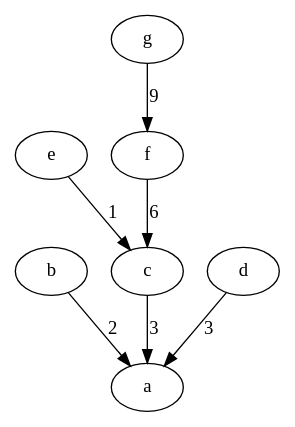
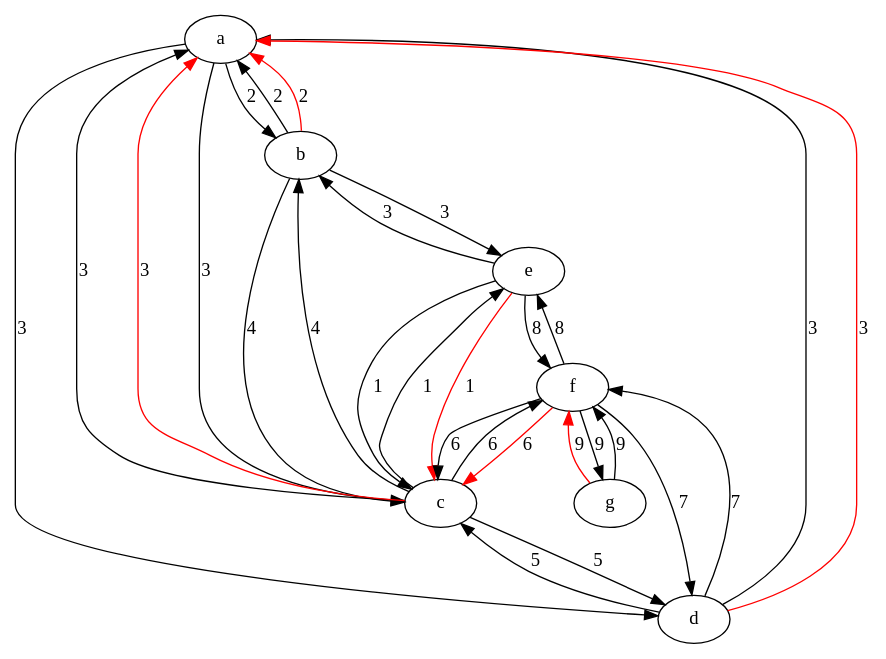
One commit to jacoblammert/Algorithms_and_Datastructure changed the diagram in Ass3/afterPrim.dot. Above: the diagram before and after it, drawn with Graphviz. The commit also changed 11 other files, not shown here.

Commit message:
Added a few comments, cleaned up, added colored connections to display the minimum spanning graph

```diff
--- a/Ass3/afterPrim.dot
+++ b/Ass3/afterPrim.dot
@@ -1,8 +1,30 @@
-strict digraph {
+digraph {
+a->b[label = "2",weight="2"];
+a->c[label = "3",weight="3"];
+a->d[label = "3",weight="3"];
 b->a[label = "2",weight="2"];
+b->c[label = "4",weight="4"];
+b->e[label = "3",weight="3"];
+c->b[label = "4",weight="4"];
 c->a[label = "3",weight="3"];
+c->d[label = "5",weight="5"];
+c->e[label = "1",weight="1"];
+c->f[label = "6",weight="6"];
 d->a[label = "3",weight="3"];
+d->c[label = "5",weight="5"];
+d->f[label = "7",weight="7"];
+e->b[label = "3",weight="3"];
 e->c[label = "1",weight="1"];
+e->f[label = "8",weight="8"];
 f->c[label = "6",weight="6"];
+f->d[label = "7",weight="7"];
+f->e[label = "8",weight="8"];
+f->g[label = "9",weight="9"];
 g->f[label = "9",weight="9"];
+b->a[label = "2",weight="2" color = "red"];
+c->a[label = "3",weight="3" color = "red"];
+d->a[label = "3",weight="3" color = "red"];
+e->c[label = "1",weight="1" color = "red"];
+f->c[label = "6",weight="6" color = "red"];
+g->f[label = "9",weight="9" color = "red"];
 }
```
